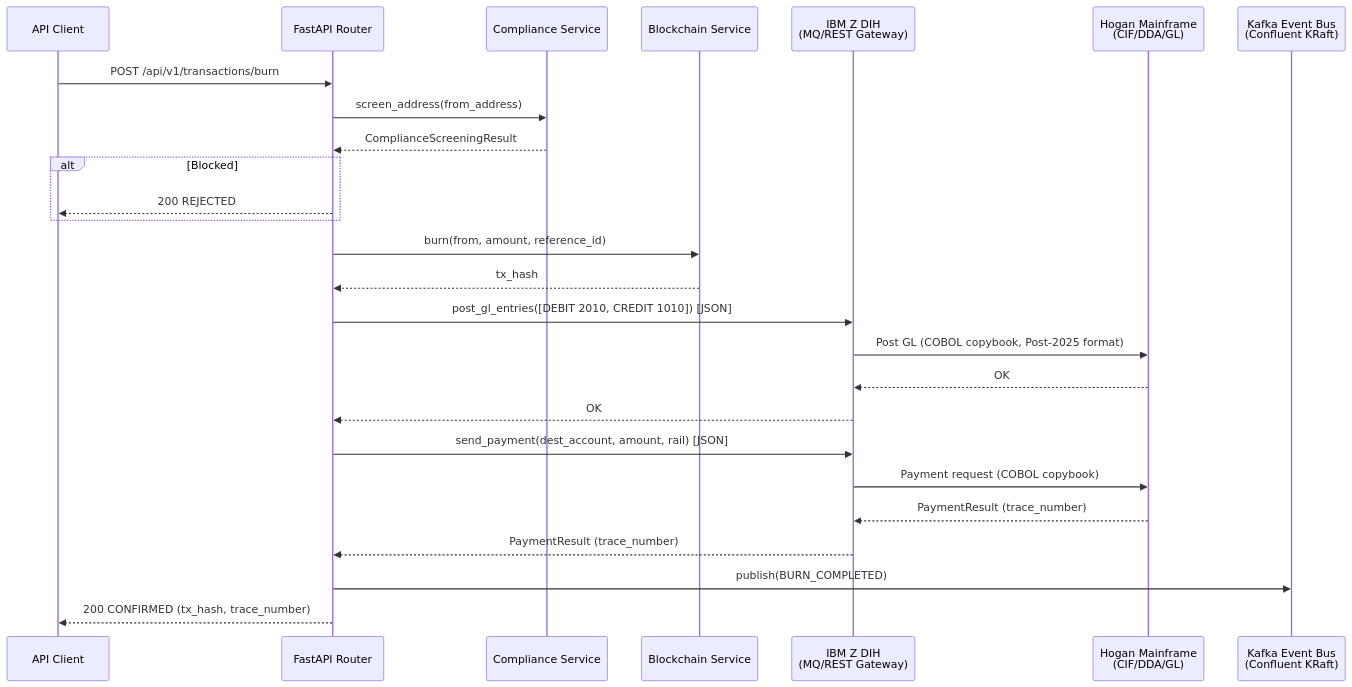
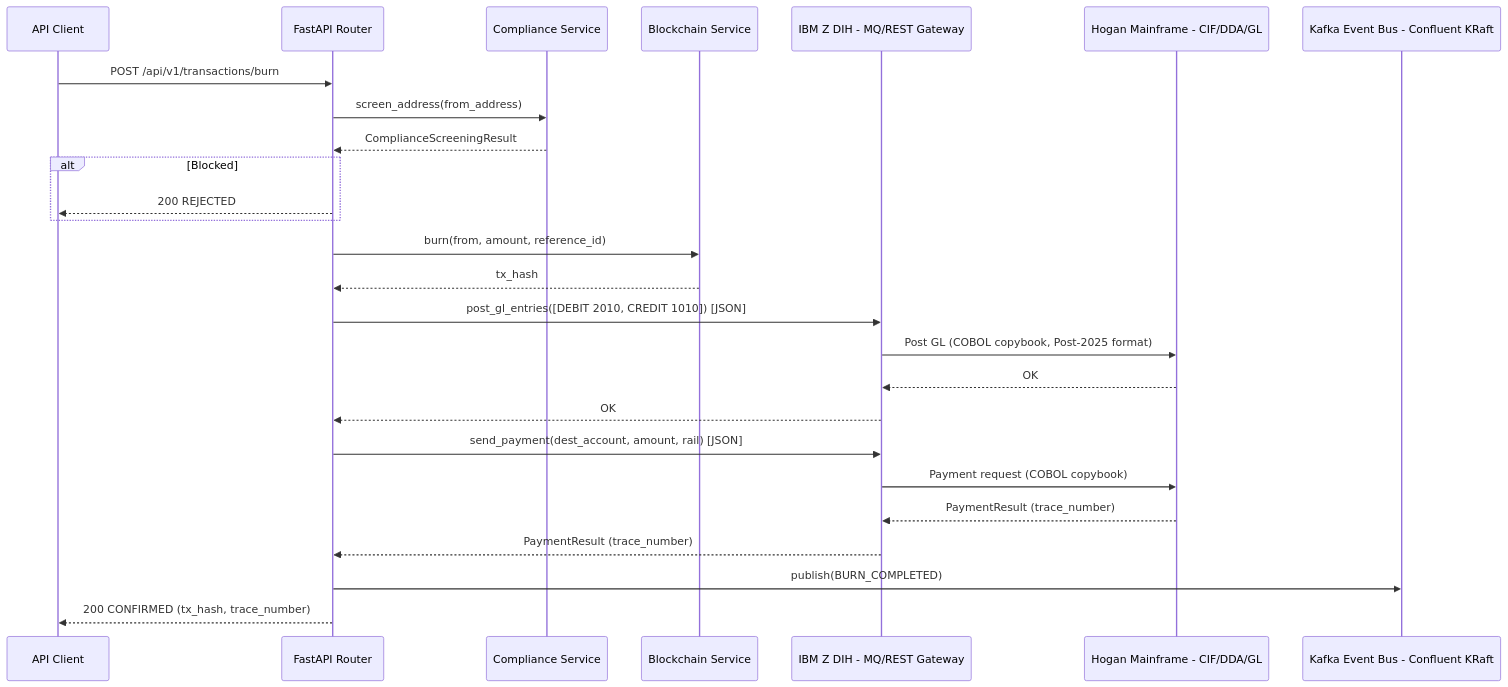
The second of 5 diagrams in offchain/docs/architecture_diagrams.md (jnodes/tokenized-deposits), drawn with Mermaid before and after one commit. The commit also changed other lines of this file and 6 other files, not shown here.

Commit message:
fix: repair Mermaid diagram syntax for GitHub rendering — quote special chars, remove em-dashes, fix participant labels

````diff
--- a/offchain/docs/architecture_diagrams.md
+++ b/offchain/docs/architecture_diagrams.md
@@ -57,29 +57,29 @@
 ```mermaid
 sequenceDiagram
     participant Client as API Client
     participant API as FastAPI Router
     participant Comp as Compliance Service
     participant BC as Blockchain Service
-    participant ZDIH as IBM Z DIH<br/>(MQ/REST Gateway)
-    participant Hogan as Hogan Mainframe<br/>(CIF/DDA/GL)
-    participant Kafka as Kafka Event Bus<br/>(Confluent KRaft)
+    participant ZDIH as IBM Z DIH - MQ/REST Gateway
+    participant Hogan as Hogan Mainframe - CIF/DDA/GL
+    participant Kafka as Kafka Event Bus - Confluent KRaft
 
     Client->>API: POST /api/v1/transactions/burn
     API->>Comp: screen_address(from_address)
     Comp-->>API: ComplianceScreeningResult
     alt Blocked
         API-->>Client: 200 REJECTED
     end
     API->>BC: burn(from, amount, reference_id)
     BC-->>API: tx_hash
     API->>ZDIH: post_gl_entries([DEBIT 2010, CREDIT 1010]) [JSON]
     ZDIH->>Hogan: Post GL (COBOL copybook, Post-2025 format)
     Hogan-->>ZDIH: OK
     ZDIH-->>API: OK
     API->>ZDIH: send_payment(dest_account, amount, rail) [JSON]
     ZDIH->>Hogan: Payment request (COBOL copybook)
     Hogan-->>ZDIH: PaymentResult (trace_number)
     ZDIH-->>API: PaymentResult (trace_number)
     API->>Kafka: publish(BURN_COMPLETED)
     API-->>Client: 200 CONFIRMED (tx_hash, trace_number)
 ```
````
